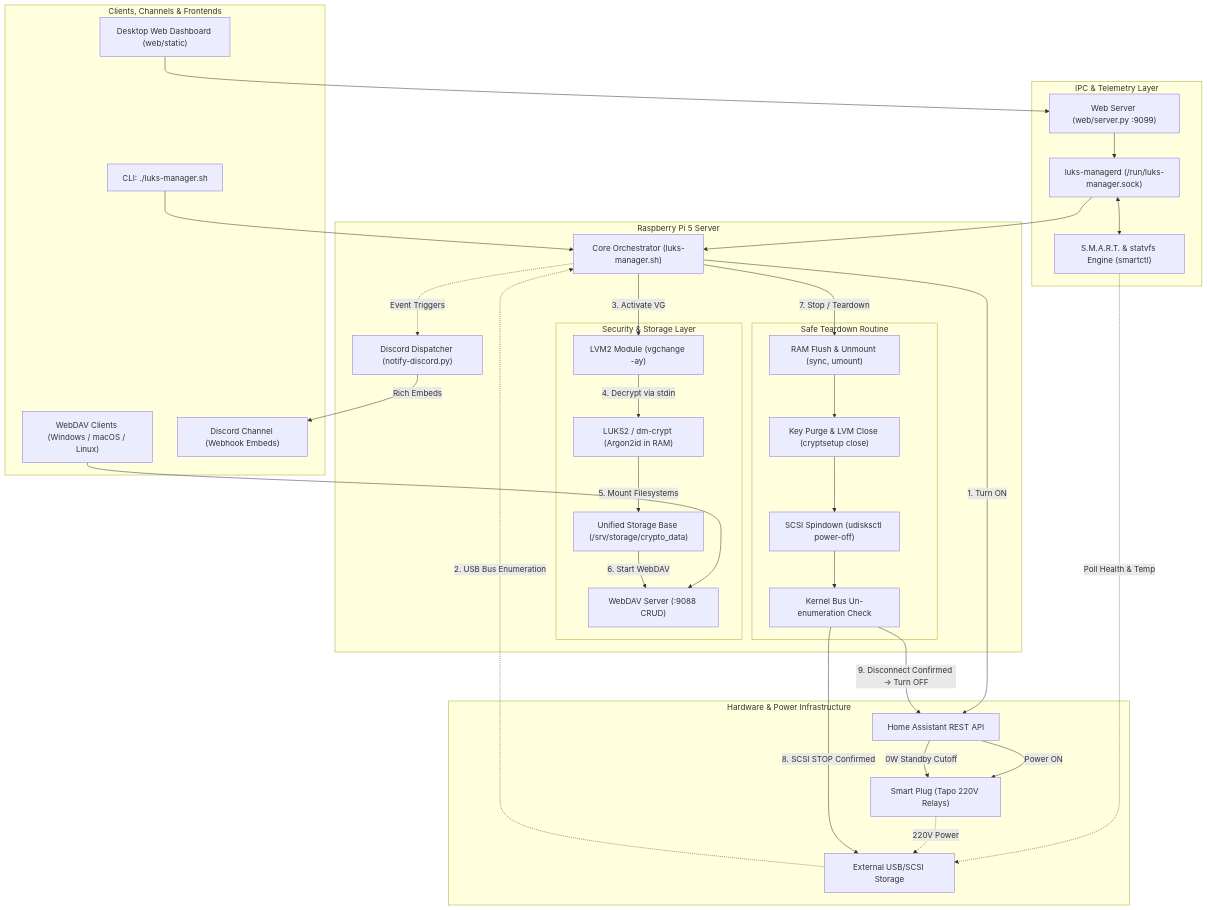
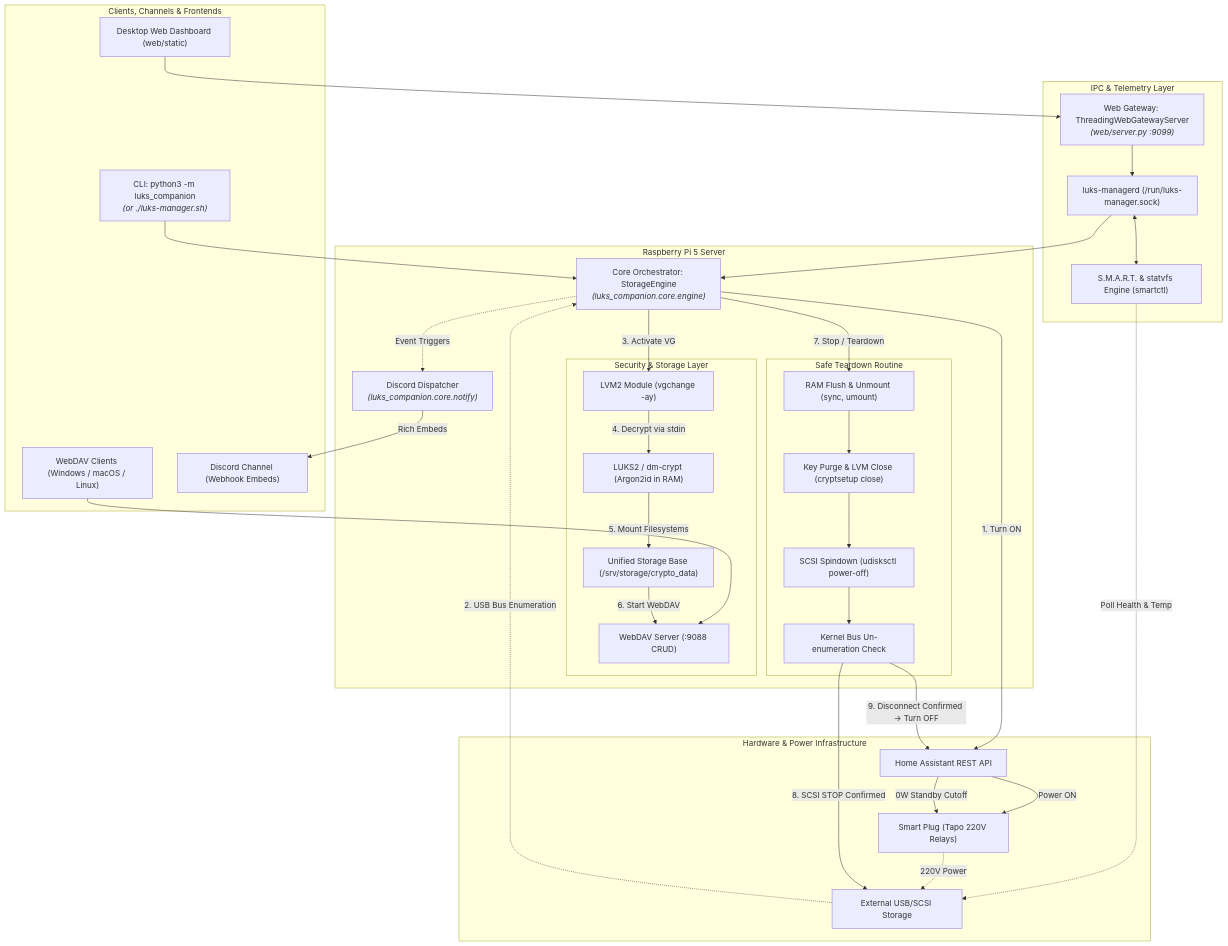
One commit to a-cifrodelli/luks-companion changed the diagram in README.md. Above: the diagram before and after it, drawn with Mermaid. The commit also changed other lines of this file and 4 other files, not shown here.

Commit message:
docs: align README and docs with Python v2 architecture, add interactive flowchart link, and harmonize webdav port default

````diff
--- a/README.md
+++ b/README.md
@@ -28,72 +29,72 @@
 ```mermaid
 flowchart TD
     subgraph CLIENTS ["Clients, Channels & Frontends"]
-        CLI["CLI: ./luks-manager.sh"]
+        CLI["CLI: python3 -m luks_companion<br/><i>(or ./luks-manager.sh)</i>"]
         WebUI["Desktop Web Dashboard (web/static)"]
         WebDAVClient["WebDAV Clients (Windows / macOS / Linux)"]
         Discord["Discord Channel (Webhook Embeds)"]
     end
 
     subgraph DAEMON ["IPC & Telemetry Layer"]
-        WebGateway["Web Server (web/server.py :9099)"]
+        WebGateway["Web Gateway: ThreadingWebGatewayServer<br/><i>(web/server.py :9099)</i>"]
         SocketDaemon["luks-managerd (/run/luks-manager.sock)"]
         Telemetry["S.M.A.R.T. & statvfs Engine (smartctl)"]
     end
 
     subgraph HOST ["Raspberry Pi 5 Server"]
-        Orchestrator["Core Orchestrator (luks-manager.sh)"]
-        Notifier["Discord Dispatcher (notify-discord.py)"]
+        Orchestrator["Core Orchestrator: StorageEngine<br/><i>(luks_companion.core.engine)</i>"]
+        Notifier["Discord Dispatcher<br/><i>(luks_companion.core.notify)</i>"]
         
         subgraph SEC ["Security & Storage Layer"]
             LVM["LVM2 Module (vgchange -ay)"]
             LUKS["LUKS2 / dm-crypt (Argon2id in RAM)"]
             Mounts["Unified Storage Base (/srv/storage/crypto_data)"]
             WebDAV["WebDAV Server (:9088 CRUD)"]
         end
         
         subgraph TEARDOWN ["Safe Teardown Routine"]
             Sync["RAM Flush & Unmount (sync, umount)"]
             Purge["Key Purge & LVM Close (cryptsetup close)"]
             Spindown["SCSI Spindown (udisksctl power-off)"]
             Verify["Kernel Bus Un-enumeration Check"]
         end
     end
 
     subgraph HARDWARE ["Hardware & Power Infrastructure"]
         HA["Home Assistant REST API"]
         Plug["Smart Plug (Tapo 220V Relays)"]
         Drive["External USB/SCSI Storage"]
     end
 
     %% Client Connections
     CLI --> Orchestrator
     WebUI --> WebGateway
     WebGateway --> SocketDaemon
     SocketDaemon --> Orchestrator
     SocketDaemon <--> Telemetry
     Telemetry -.->|Poll Health & Temp| Drive
     WebDAVClient --> WebDAV
     Orchestrator -.->|Event Triggers| Notifier
     Notifier -->|Rich Embeds| Discord
 
     %% Power-On Flow
     Orchestrator -->|1. Turn ON| HA
     HA -->|Power ON| Plug
     Plug -.->|220V Power| Drive
     Drive -.->|2. USB Bus Enumeration| Orchestrator
 
     %% Unlock Flow
     Orchestrator -->|3. Activate VG| LVM
     LVM -->|4. Decrypt via stdin| LUKS
     LUKS -->|5. Mount Filesystems| Mounts
     Mounts -->|6. Start WebDAV| WebDAV
 
     %% Teardown Flow
     Orchestrator -->|7. Stop / Teardown| Sync
     Sync --> Purge
     Purge --> Spindown
     Spindown --> Verify
     Verify -->|8. SCSI STOP Confirmed| Drive
     Verify -->|9. Disconnect Confirmed -> Turn OFF| HA
     HA -->|0W Standby Cutoff| Plug
 ```
````
